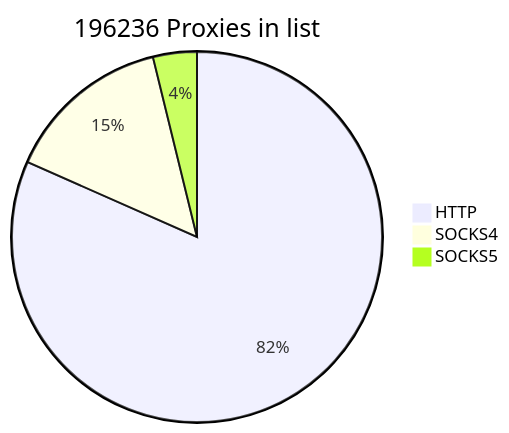
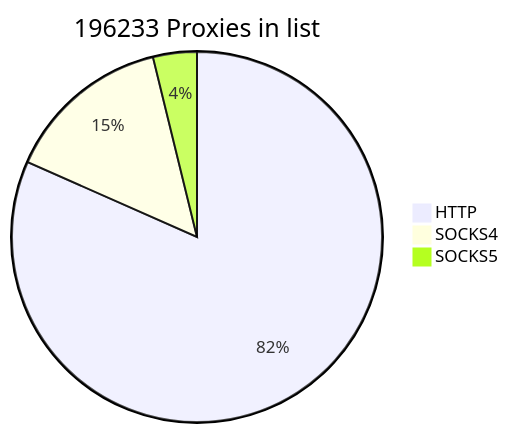
The first of 2 diagrams in README.md (cutipu/proxylist), drawn with Mermaid before and after one commit. The commit also changed other lines of this file, not shown here.

````diff
--- a/README.md
+++ b/README.md
@@ -2,7 +2,7 @@
 ```mermaid
-pie title 196236 Proxies in list
-    "HTTP" : 160179
-    "SOCKS4" : 28551
-    "SOCKS5" : 7506
+pie title 196233 Proxies in list
+    "HTTP" : 160177
+    "SOCKS4" : 28553
+    "SOCKS5" : 7503
             
 ```
````
